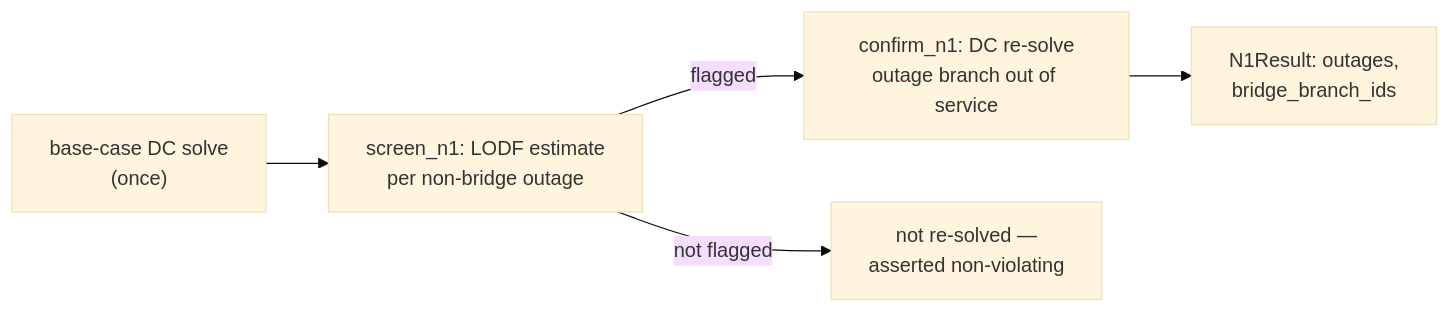
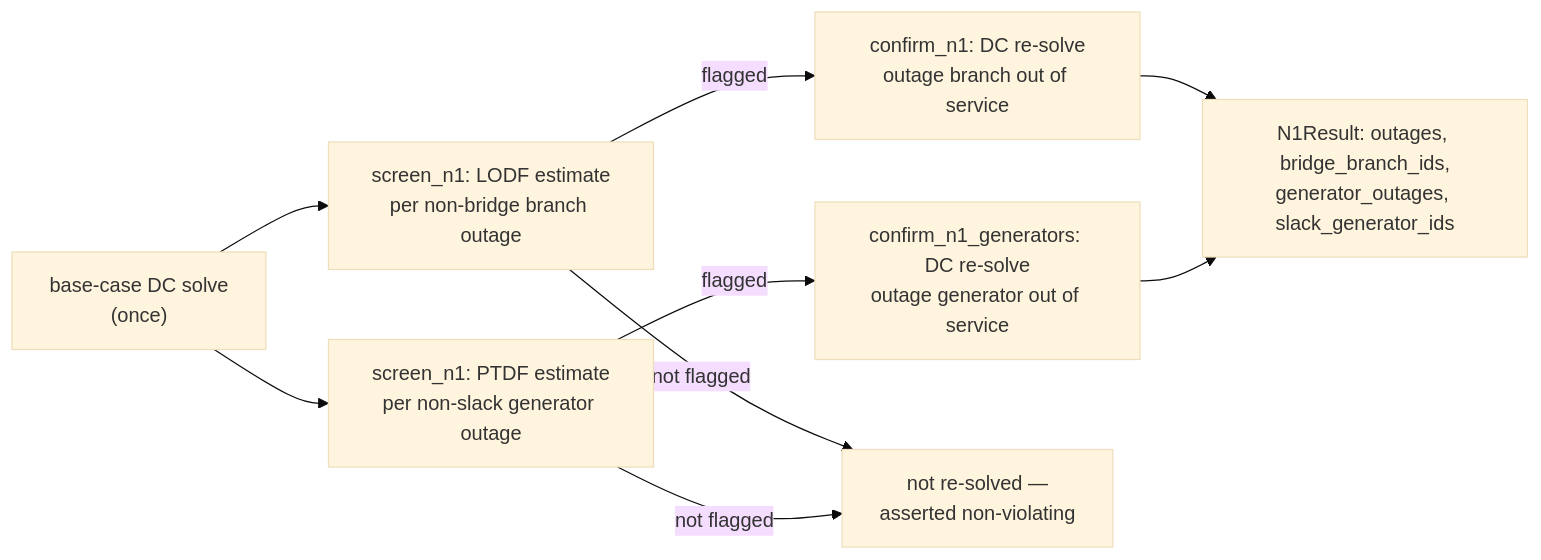
The diagram in docs/manual/n1.md (mambo10005/mambo-power), drawn with Mermaid (base theme) before and after one commit. The commit also changed other lines of this file and 9 other files, not shown here.

First line of the commit message:
feat(contingency): generator-outage contingencies join the N-1 screen (ADR-015)

````diff
--- a/docs/manual/n1.md
+++ b/docs/manual/n1.md
@@ -51,7 +54,11 @@
 ```mermaid
 flowchart LR
-    B["base-case DC solve<br/>(once)"] --> S["screen_n1: LODF estimate<br/>per non-bridge outage"]
+    B["base-case DC solve<br/>(once)"] --> S["screen_n1: LODF estimate<br/>per non-bridge branch outage"]
+    B --> G["screen_n1: PTDF estimate<br/>per non-slack generator outage"]
     S -->|flagged| C["confirm_n1: DC re-solve<br/>outage branch out of service"]
+    G -->|flagged| CG["confirm_n1_generators: DC re-solve<br/>outage generator out of service"]
     S -->|not flagged| N["not re-solved —<br/>asserted non-violating"]
-    C --> R["N1Result: outages,<br/>bridge_branch_ids"]
+    G -->|not flagged| N
+    C --> R["N1Result: outages, bridge_branch_ids,<br/>generator_outages, slack_generator_ids"]
+    CG --> R
 ```
````
